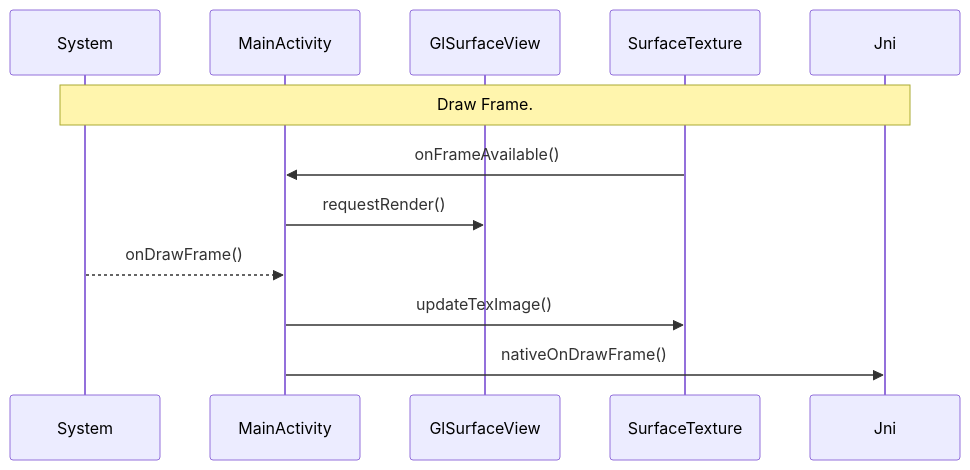
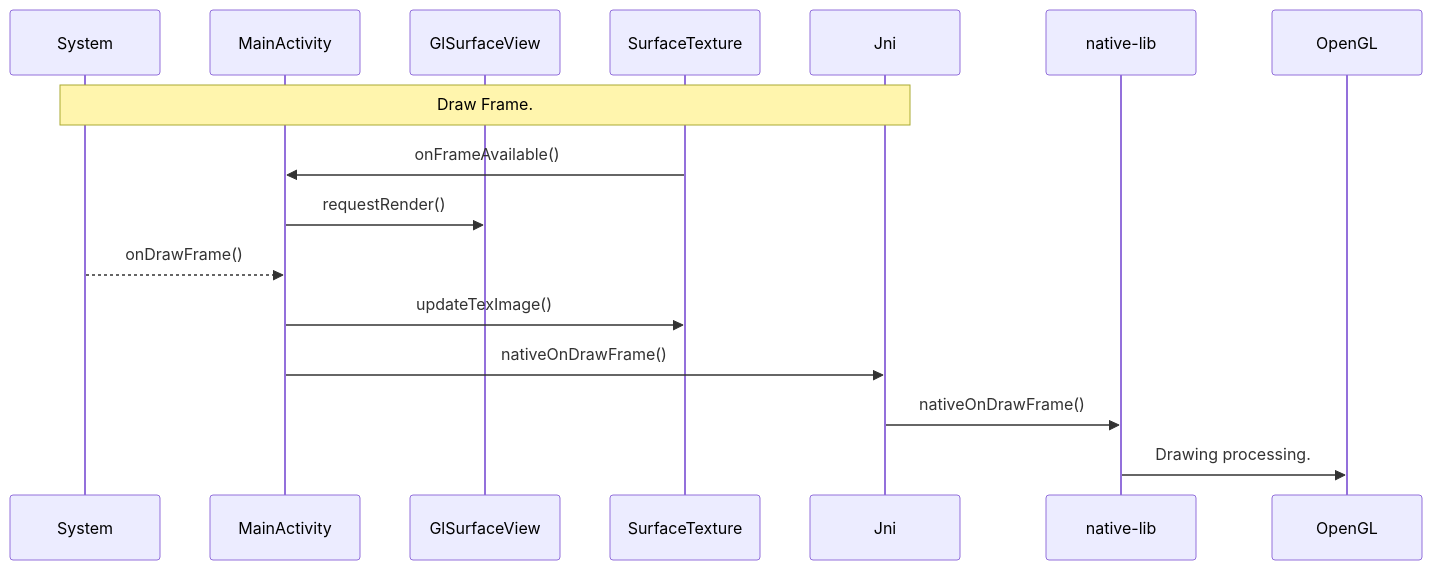
Before and after one commit to aaaa1597/AndKot-VideoPlaybackPlanePolySampleG: the sixth of 6 diagrams in README.md, drawn with Mermaid.

Commit message:
add sequence.

````diff
--- a/README.md
+++ b/README.md
@@ -94,15 +94,17 @@
 ```mermaid
 sequenceDiagram
     participant System
     participant MainActivity
     participant GlSurfaceView
     participant SurfaceTexture
     participant Jni
     %% ------------------------
     Note over System, Jni: Draw Frame.
     SurfaceTexture->>MainActivity: onFrameAvailable()
     MainActivity->>GlSurfaceView: requestRender()
     System-->>MainActivity: onDrawFrame()
     MainActivity->>SurfaceTexture: updateTexImage()
     MainActivity->>Jni: nativeOnDrawFrame()
+    Jni->>native-lib: nativeOnDrawFrame()
+    native-lib->>OpenGL: Drawing processing.
 ```
````
